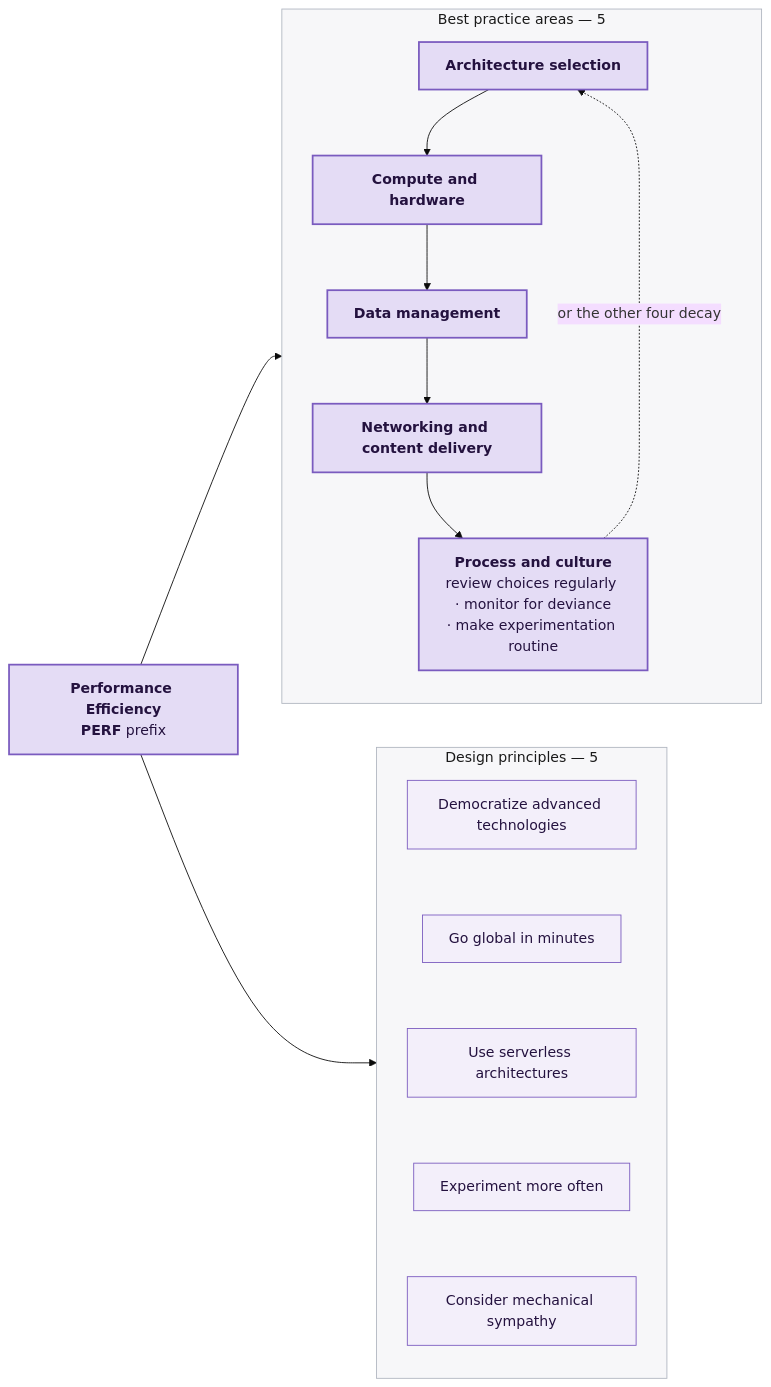
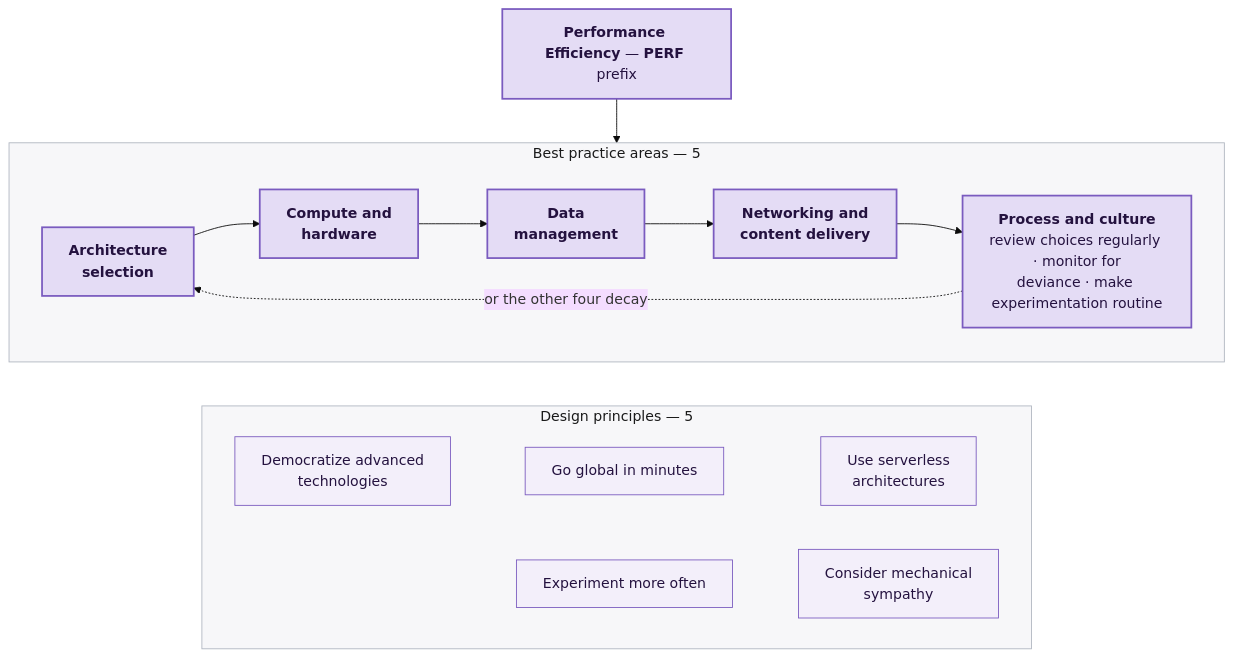
Before and after one commit to toddcooke/learn: the eighth of 10 diagrams in well-architected/diagrams.md, drawn with Mermaid (base theme). The commit also changed other lines of this file, not shown here.

First line of the commit message:
fix: lay out the diagrams to fit a 13.3in screen

````diff
--- a/well-architected/diagrams.md
+++ b/well-architected/diagrams.md
@@ -414,35 +390,26 @@
 ```mermaid
-flowchart LR
-    PERF["<b>Performance Efficiency</b><br/><b>PERF</b> prefix"]
+flowchart TB
+    PERF["<b>Performance Efficiency</b> — <b>PERF</b> prefix"]
 
     subgraph BPA["Best practice areas — 5"]
-        direction TB
-        A1["<b>Architecture selection</b>"]
-        A2["<b>Compute and hardware</b>"]
-        A3["<b>Data management</b>"]
-        A4["<b>Networking and content delivery</b>"]
-        A5["<b>Process and culture</b><br/>review choices regularly · monitor for deviance<br/>· make experimentation routine"]
-        A1 --> A2 --> A3 --> A4 --> A5
+        direction LR
+        A1["<b>Architecture<br/>selection</b>"] --> A2["<b>Compute and<br/>hardware</b>"] --> A3["<b>Data<br/>management</b>"] --> A4["<b>Networking and<br/>content delivery</b>"] --> A5["<b>Process and culture</b><br/>review choices regularly · monitor for<br/>deviance · make experimentation routine"]
         A5 -.->|"or the other four decay"| A1
     end
 
     subgraph DP["Design principles — 5"]
-        direction TB
-        P1["Democratize advanced technologies"]
-        P2["Go global in minutes"]
-        P3["Use serverless architectures"]
-        P4["Experiment more often"]
-        P5["Consider mechanical sympathy"]
-        P1 ~~~ P2 ~~~ P3 ~~~ P4 ~~~ P5
+        direction LR
+        P1["Democratize advanced<br/>technologies"] ~~~ P2["Go global in minutes"] ~~~ P3["Use serverless<br/>architectures"]
+        P4["Experiment more often"] ~~~ P5["Consider mechanical<br/>sympathy"]
     end
 
     PERF --> BPA
-    PERF --> DP
+    BPA ~~~ DP
 
     classDef perf fill:#e4dcf5,stroke:#7a5bbf,stroke-width:2px,color:#24123f
     classDef perflight fill:#f3effa,stroke:#7a5bbf,stroke-width:1px,color:#24123f
     classDef sub fill:#f7f7f9,stroke:#b0b6c0,stroke-width:1px,color:#1a1a1a
     class PERF,A1,A2,A3,A4,A5 perf
     class P1,P2,P3,P4,P5 perflight
     class BPA,DP sub
 ```
````
